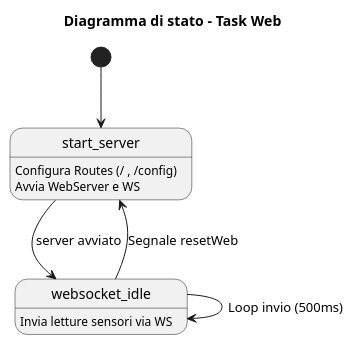
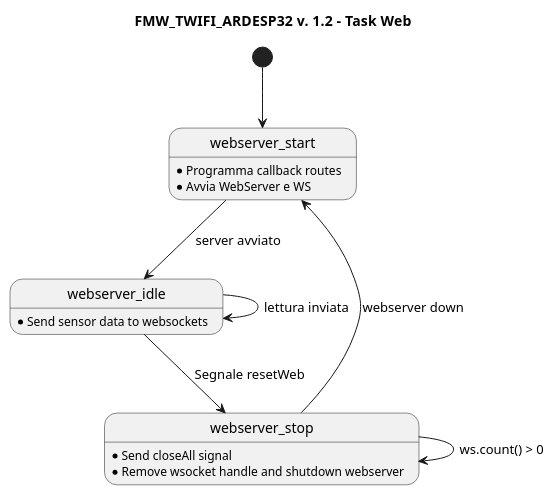
Before and after one commit to spedone/firmware_termometro_wifi: the diagram in uml/TaskWeb.puml, drawn with PlantUML. The commit also changed 3 other files, not shown here.

Commit message:
Aggiorna diagrammi UML

```diff
--- a/uml/TaskWeb.puml
+++ b/uml/TaskWeb.puml
@@ -1,17 +1,22 @@
 @startuml TaskWeb_State_Machine
-title Diagramma di stato - Task Web
-[*] --> start_server
+title FMW_TWIFI_ARDESP32 v. 1.2  - Task Web
+[*] --> webserver_start
 
-state start_server {
-  start_server : Configura Routes (/ , /config)
-  start_server : Avvia WebServer e WS
-}
+state webserver_start
+webserver_start : * Programma callback routes 
+webserver_start : * Avvia WebServer e WS
+webserver_start --> webserver_idle : server avviato
 
-state websocket_idle {
-  websocket_idle : Invia letture sensori via WS
-}
 
-start_server --> websocket_idle : server avviato
-websocket_idle --> start_server : Segnale resetWeb
-websocket_idle --> websocket_idle : Loop invio (500ms)
+state webserver_idle
+webserver_idle : * Send sensor data to websockets
+webserver_idle --> webserver_stop : Segnale resetWeb
+webserver_idle --> webserver_idle : lettura inviata
+
+state webserver_stop
+webserver_stop : * Send closeAll signal
+webserver_stop --> webserver_stop : ws.count() > 0
+webserver_stop : * Remove wsocket handle and shutdown webserver
+webserver_stop --> webserver_start : webserver down
+
 @enduml
```
